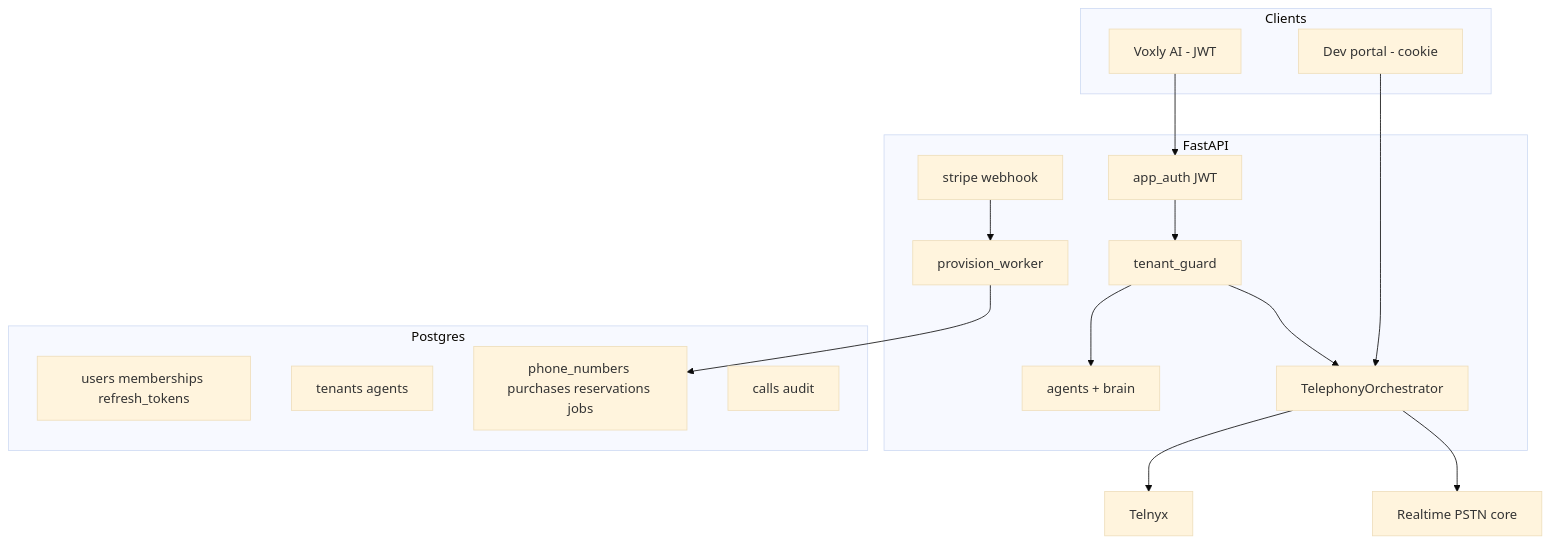
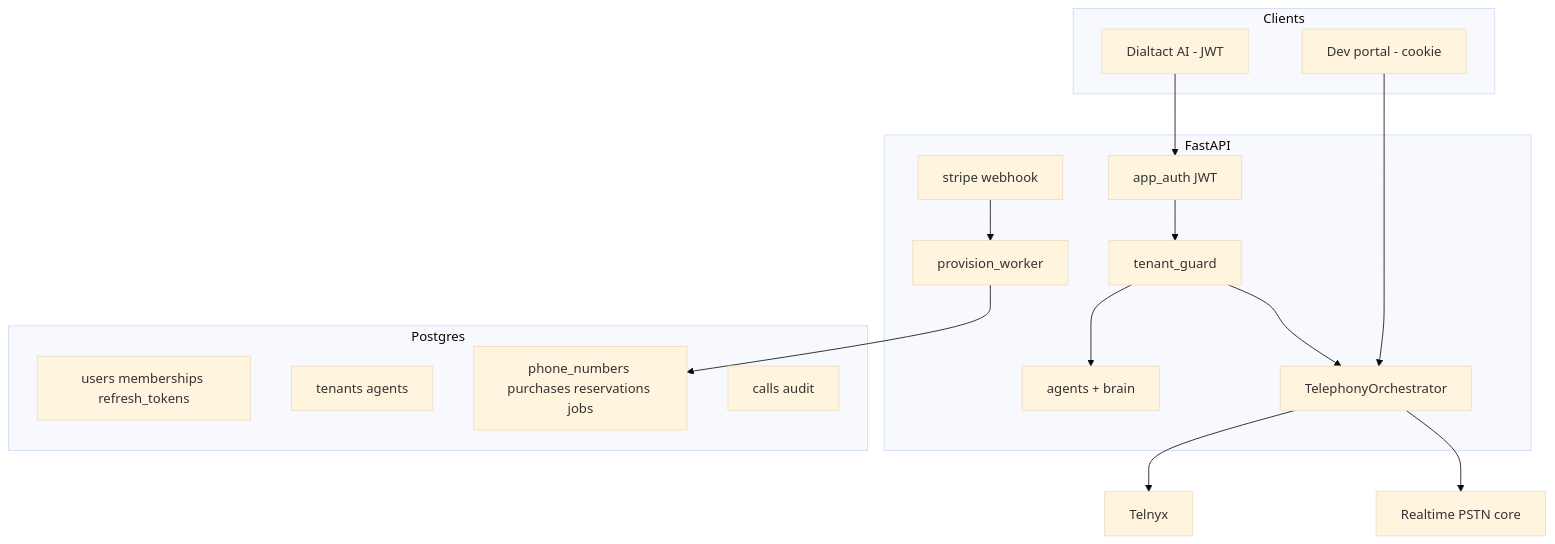
Before and after one commit to MOHAN8897/voice-agent: the diagram in saas-workflow/PRD-02-system-architecture.md, drawn with Mermaid (base theme). The commit also changed other lines of this file and 849 other files, not shown here.

````diff
--- a/saas-workflow/PRD-02-system-architecture.md
+++ b/saas-workflow/PRD-02-system-architecture.md
@@ -5,33 +5,33 @@
 ```mermaid
 flowchart TB
   subgraph clients [Clients]
-    Voxly[Voxly AI - JWT]
+    Dialtact[Dialtact AI - JWT]
     DevPortal[Dev portal - cookie]
   end
 
   subgraph api [FastAPI]
     AppAuth[app_auth JWT]
     TenantGuard[tenant_guard]
     Agents[agents + brain]
     Orch[TelephonyOrchestrator]
     StripeWH[stripe webhook]
     Worker[provision_worker]
   end
 
   subgraph data [Postgres]
     Users[users memberships refresh_tokens]
     TN[tenants agents]
     PN[phone_numbers purchases reservations jobs]
     Calls[calls audit]
   end
 
-  Voxly --> AppAuth
+  Dialtact --> AppAuth
   AppAuth --> TenantGuard
   TenantGuard --> Agents
   TenantGuard --> Orch
   DevPortal --> Orch
   StripeWH --> Worker
   Worker --> PN
   Orch --> Telnyx[Telnyx]
   Orch --> RT[Realtime PSTN core]
 ```
````
